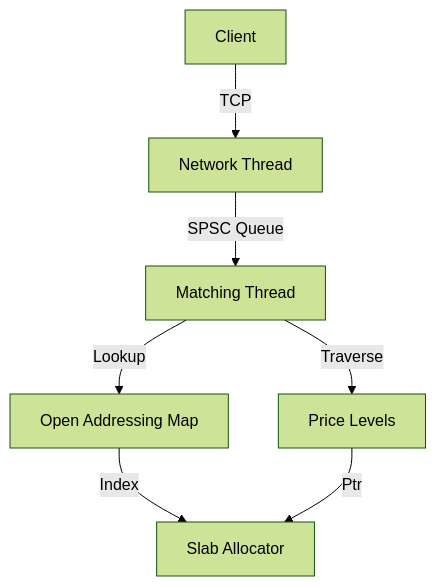
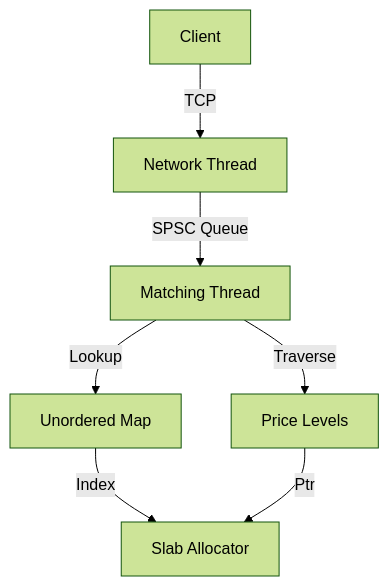
One commit to shawnljh/fastbook changed the diagram in README.md. Above: the diagram before and after it, drawn with Mermaid (forest theme).

````diff
--- a/README.md
+++ b/README.md
@@ -63,9 +63,9 @@
 ```mermaid
 graph TD
     A[Client] -->|TCP| B[Network Thread]
     B -->|SPSC Queue| C[Matching Thread]
-    C -->|Lookup| D[Open Addressing Map]
+    C -->|Lookup| D[Unordered Map]
     C -->|Traverse| E[Price Levels]
     D -->|Index| F[Slab Allocator]
     E -->|Ptr| F
 ```
````
